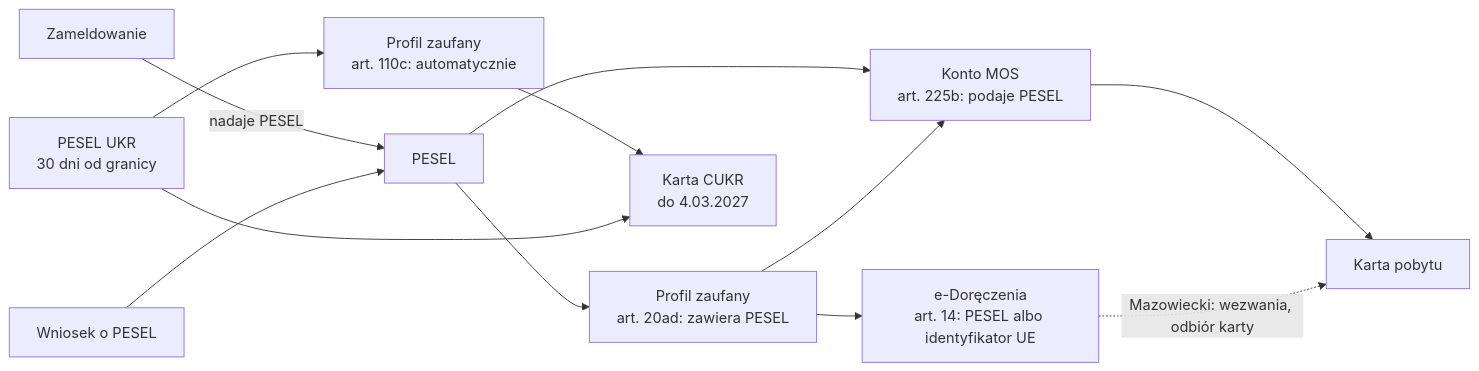
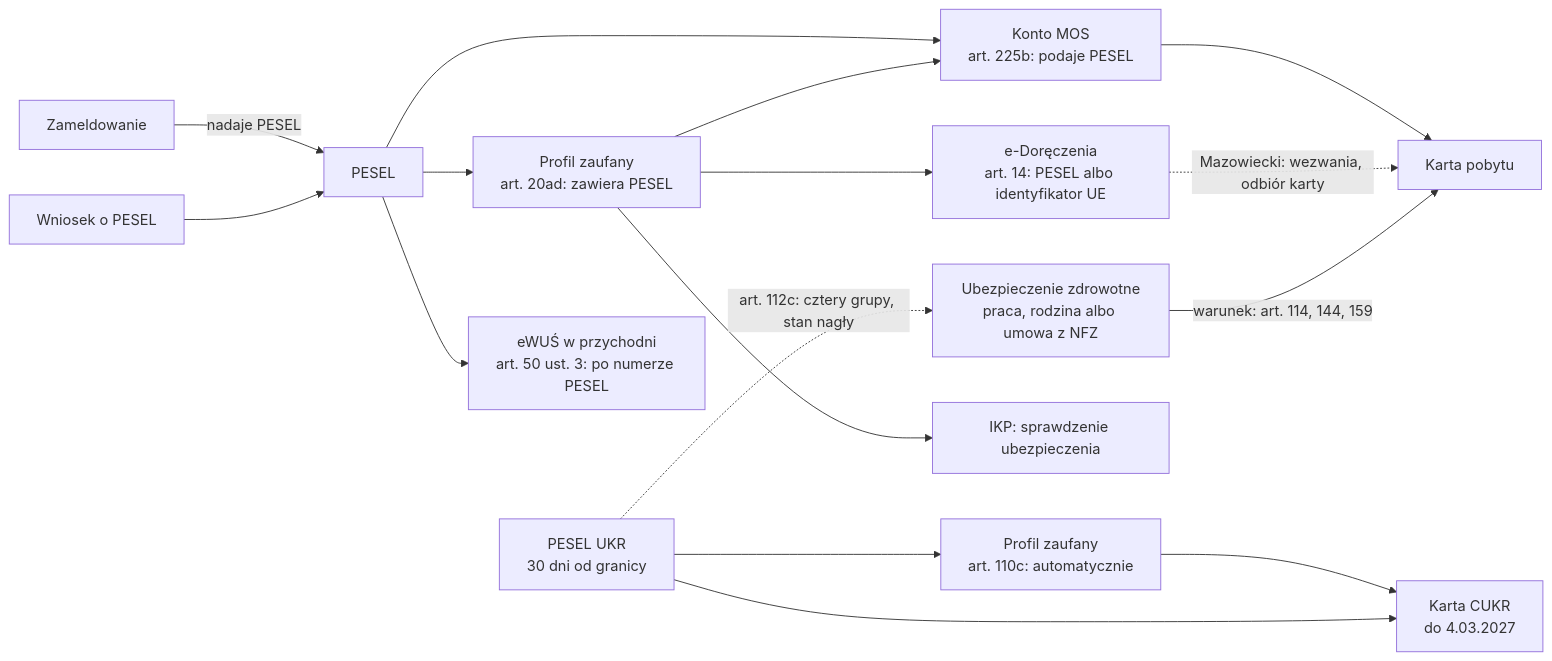
One commit to wrzalkosowskilukaszz/formalka-next changed the diagram in docs/formalka-next/20-MATTER-MAPS.md. Above: the diagram before and after it, drawn with Mermaid. The commit also changed other lines of this file and 15 other files, not shown here.

````diff
--- a/docs/formalka-next/20-MATTER-MAPS.md
+++ b/docs/formalka-next/20-MATTER-MAPS.md
@@ -31,14 +32,18 @@
 ```mermaid
 flowchart LR
   ZAM[Zameldowanie] -->|nadaje PESEL| PESEL[PESEL]
   PESELW[Wniosek o PESEL] --> PESEL
   PESEL --> PZ[Profil zaufany<br/>art. 20ad: zawiera PESEL]
   PESEL --> MOS[Konto MOS<br/>art. 225b: podaje PESEL]
   PZ --> MOS
   PZ --> ED[e-Doręczenia<br/>art. 14: PESEL albo identyfikator UE]
   MOS --> KP[Karta pobytu]
   ED -.->|Mazowiecki: wezwania, odbiór karty| KP
   UKR[PESEL UKR<br/>30 dni od granicy] --> PZU[Profil zaufany<br/>art. 110c: automatycznie]
   PZU --> CUKR[Karta CUKR<br/>do 4.03.2027]
   UKR --> CUKR
+  PESEL --> EWUS[eWUŚ w przychodni<br/>art. 50 ust. 3: po numerze PESEL]
+  PZ --> IKP[IKP: sprawdzenie ubezpieczenia]
+  UBZ[Ubezpieczenie zdrowotne<br/>praca, rodzina albo umowa z NFZ] -->|warunek: art. 114, 144, 159| KP
+  UKR -.->|art. 112c: cztery grupy, stan nagły| UBZ
 ```
````
